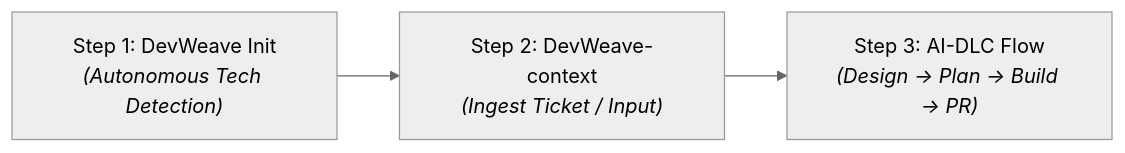
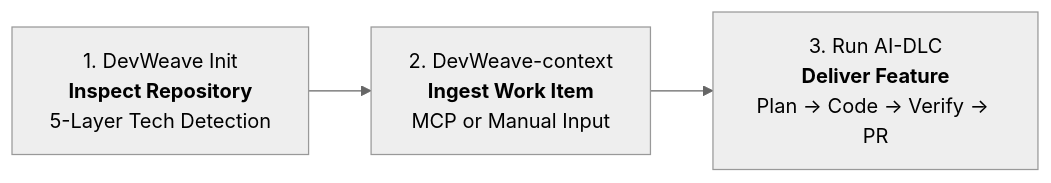
One commit to paarthivnaik/DevWeave changed the third of 11 diagrams in docs/getting-started.md. Above: the diagram before and after it, drawn with Mermaid (neutral theme). The commit also changed other lines of this file, not shown here.

Commit message:
docs: enrich getting-started.md with 9 comprehensive Mermaid flow diagrams

````diff
--- a/docs/getting-started.md
+++ b/docs/getting-started.md
@@ -39,5 +67,5 @@
 ```mermaid
 flowchart LR
-    S1["Step 1: DevWeave Init<br><i>(Autonomous Tech Detection)</i>"] --> S2["Step 2: DevWeave-context<br><i>(Ingest Ticket / Input)</i>"]
-    S2 --> S3["Step 3: AI-DLC Flow<br><i>(Design → Plan → Build → PR)</i>"]
+    S1["1. DevWeave Init<br><b>Inspect Repository</b><br>5-Layer Tech Detection"] --> S2["2. DevWeave-context<br><b>Ingest Work Item</b><br>MCP or Manual Input"]
+    S2 --> S3["3. Run AI-DLC<br><b>Deliver Feature</b><br>Plan → Code → Verify → PR"]
 ```
````
